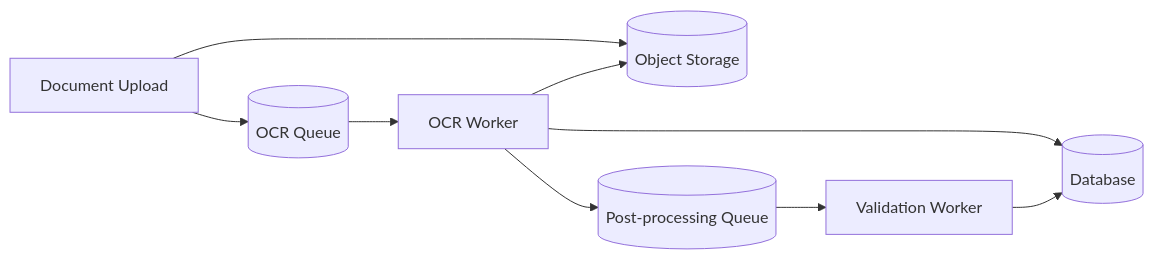
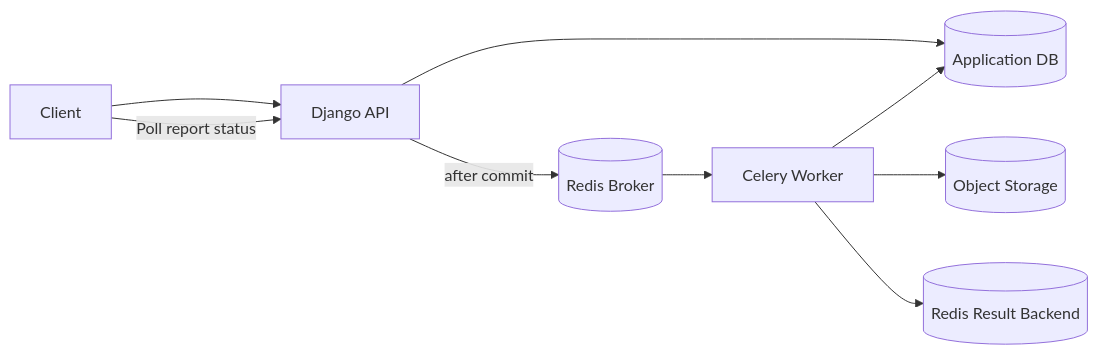
Before and after one commit to AvadhBhalodiya/Interview-Preparation: the fourth of 4 diagrams in src/content/task-processing/celery-architecture.md, drawn with Mermaid. The commit also changed other lines of this file and 80 other files, not shown here.

````diff
--- a/src/content/task-processing/celery-architecture.md
+++ b/src/content/task-processing/celery-architecture.md
@@ -1615,11 +878,15 @@
 ```mermaid
 flowchart LR
-    U[Document Upload] --> S[(Object Storage)]
-    U --> Q[(OCR Queue)]
-    Q --> W1[OCR Worker]
-    W1 --> S
-    W1 --> DB[(Database)]
-    W1 --> Q2[(Post-processing Queue)]
-    Q2 --> W2[Validation Worker]
-    W2 --> DB
+    U[Client] --> API[Django API]
+
+    API --> DB[(Application DB)]
+    API -->|after commit| B[(Redis Broker)]
+
+    B --> W[Celery Worker]
+
+    W --> DB
+    W --> S[(Object Storage)]
+    W --> RB[(Redis Result Backend)]
+
+    U -->|Poll report status| API
 ```
````
